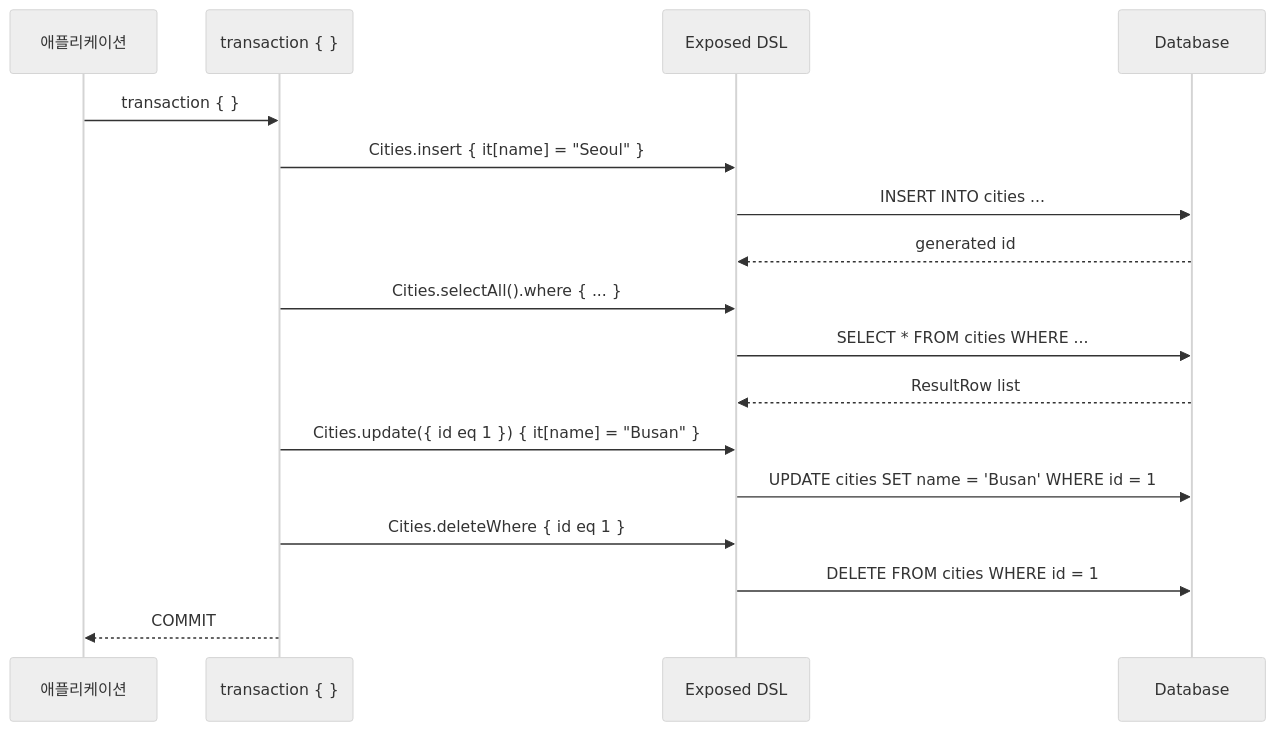
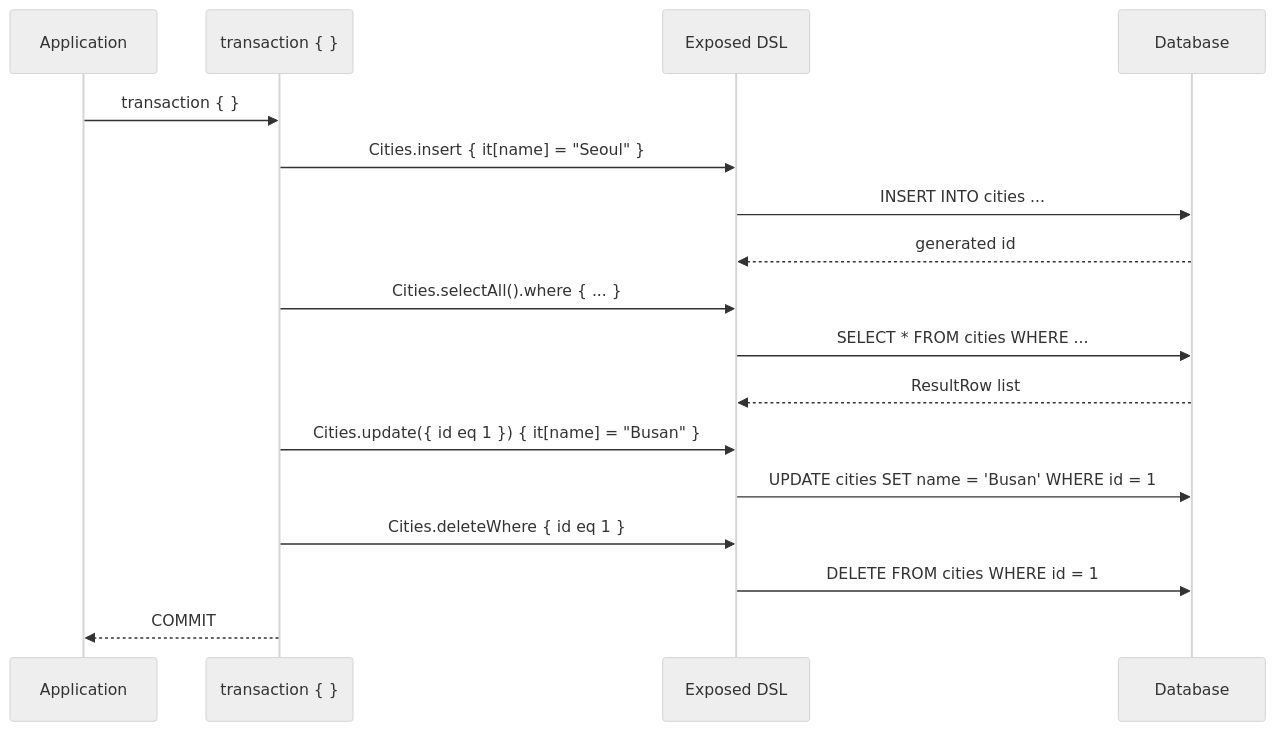
The second of 3 diagrams in 05-exposed-dml/01-dml/README.md (bluetape4k/exposed-workshop), drawn with Mermaid (neutral theme) before and after one commit. The commit also changed other lines of this file and 115 other files, not shown here.

````diff
--- a/05-exposed-dml/01-dml/README.md
+++ b/05-exposed-dml/01-dml/README.md
@@ -128,20 +130,20 @@
 ```mermaid
 sequenceDiagram
-    participant App as 애플리케이션
+    participant App as Application
     participant TX as transaction { }
     participant DSL as Exposed DSL
     participant DB as Database
 
     App ->> TX: transaction { }
     TX ->> DSL: Cities.insert { it[name] = "Seoul" }
     DSL ->> DB: INSERT INTO cities ...
     DB -->> DSL: generated id
     TX ->> DSL: Cities.selectAll().where { ... }
     DSL ->> DB: SELECT * FROM cities WHERE ...
     DB -->> DSL: ResultRow list
     TX ->> DSL: Cities.update({ id eq 1 }) { it[name] = "Busan" }
     DSL ->> DB: UPDATE cities SET name = 'Busan' WHERE id = 1
     TX ->> DSL: Cities.deleteWhere { id eq 1 }
     DSL ->> DB: DELETE FROM cities WHERE id = 1
     TX -->> App: COMMIT
 ```
````
